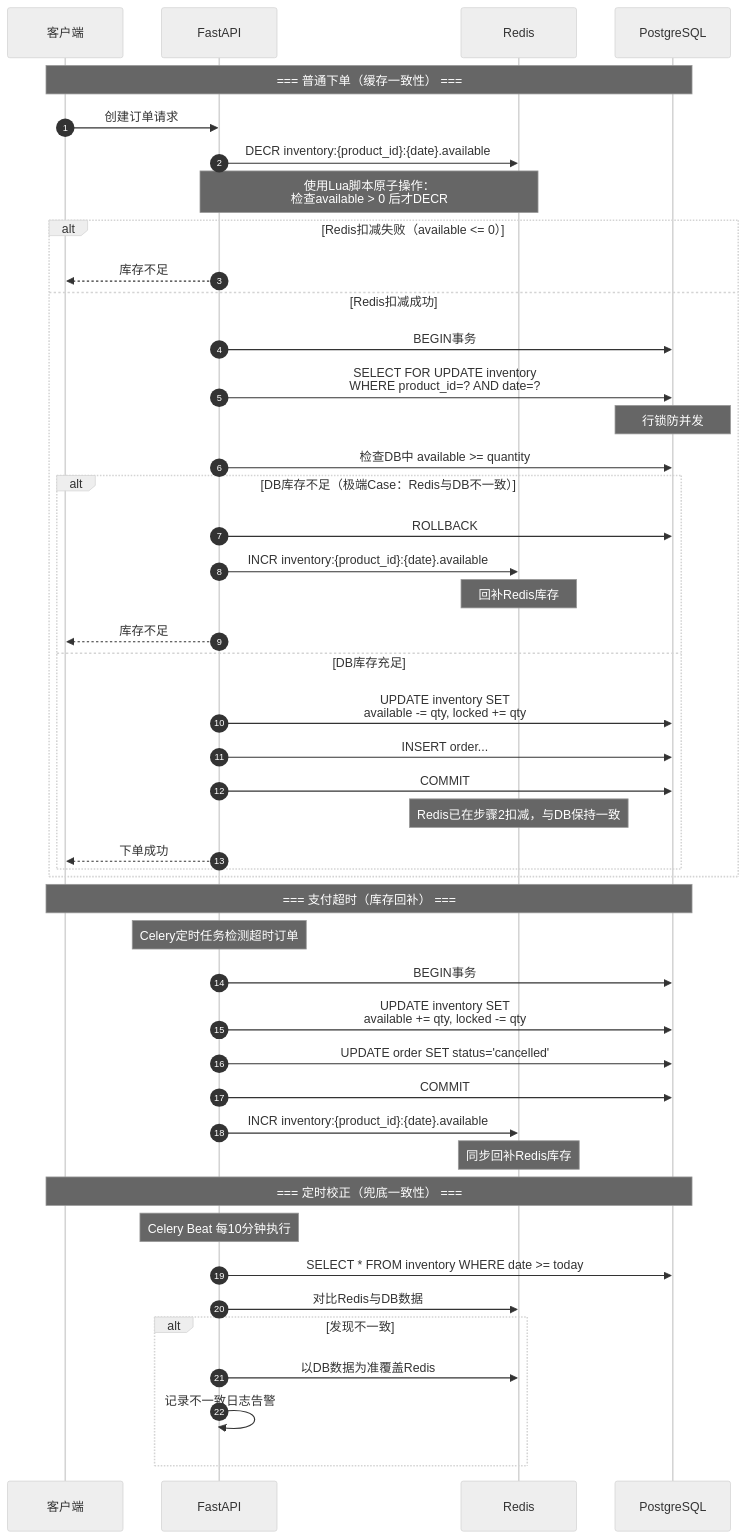
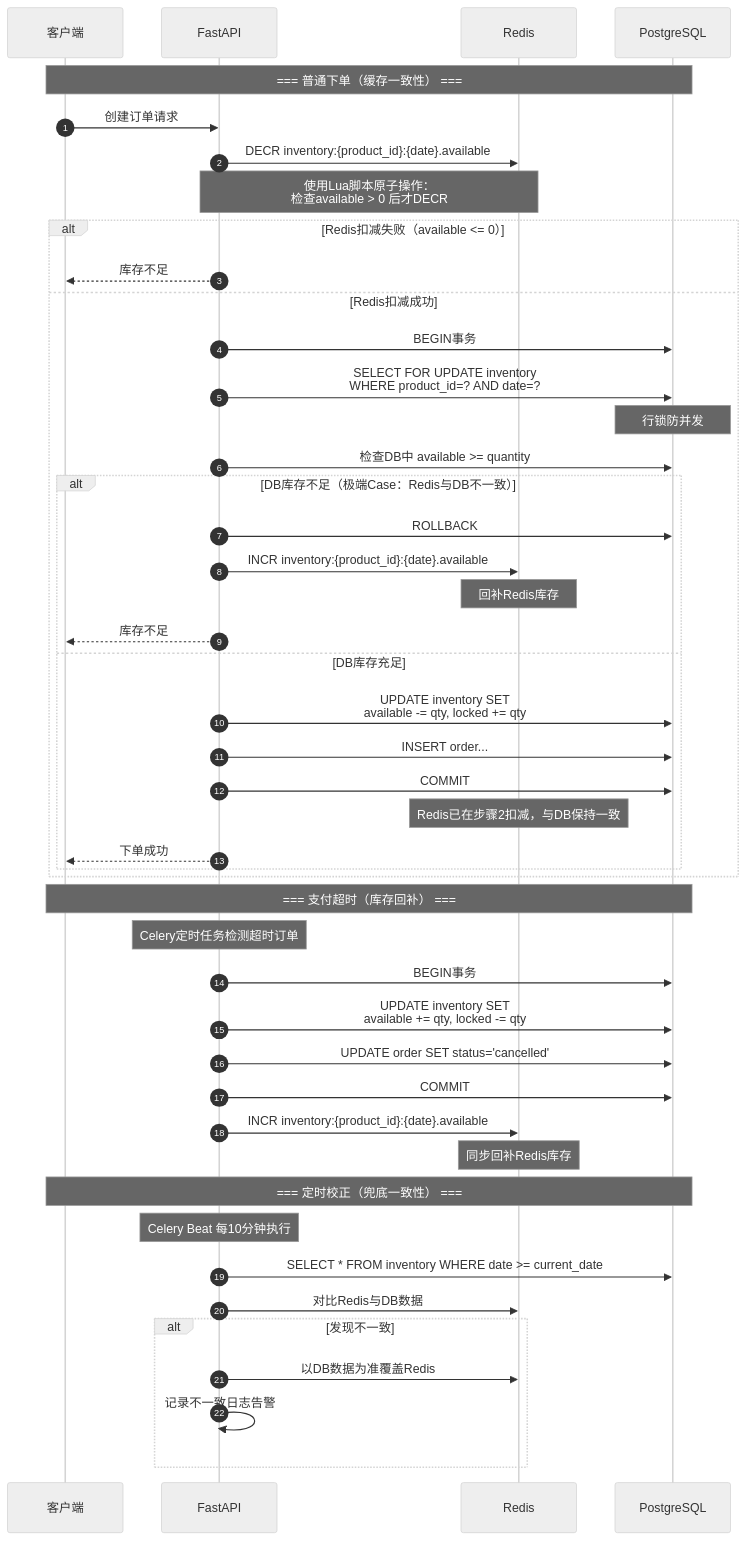
One commit to seraph0017/yyyl changed diagram 15 of 15 in docs/architecture.md. Above: the diagram before and after it, drawn with Mermaid (neutral theme). The commit also changed other lines of this file and 21 other files, not shown here.

````diff
--- a/docs/architecture.md
+++ b/docs/architecture.md
@@ -3221,57 +3221,57 @@
 ```mermaid
 sequenceDiagram
     autonumber
     participant Client as 客户端
     participant API as FastAPI
     participant Redis as Redis
     participant DB as PostgreSQL
 
     Note over Client,DB: === 普通下单（缓存一致性） ===
 
     Client->>API: 创建订单请求
     API->>Redis: DECR inventory:{product_id}:{date}.available
     Note over API,Redis: 使用Lua脚本原子操作：<br/>检查available > 0 后才DECR
 
     alt Redis扣减失败（available <= 0）
         API-->>Client: 库存不足
     else Redis扣减成功
         API->>DB: BEGIN事务
         API->>DB: SELECT FOR UPDATE inventory<br/>WHERE product_id=? AND date=?
         Note over DB: 行锁防并发
         API->>DB: 检查DB中 available >= quantity
 
         alt DB库存不足（极端Case：Redis与DB不一致）
             API->>DB: ROLLBACK
             API->>Redis: INCR inventory:{product_id}:{date}.available
             Note over Redis: 回补Redis库存
             API-->>Client: 库存不足
         else DB库存充足
             API->>DB: UPDATE inventory SET<br/>available -= qty, locked += qty
             API->>DB: INSERT order...
             API->>DB: COMMIT
 
             Note over Redis: Redis已在步骤2扣减，与DB保持一致
             API-->>Client: 下单成功
         end
     end
 
     Note over Client,DB: === 支付超时（库存回补） ===
 
     Note over API: Celery定时任务检测超时订单
     API->>DB: BEGIN事务
     API->>DB: UPDATE inventory SET<br/>available += qty, locked -= qty
     API->>DB: UPDATE order SET status='cancelled'
     API->>DB: COMMIT
     API->>Redis: INCR inventory:{product_id}:{date}.available
     Note over Redis: 同步回补Redis库存
 
     Note over Client,DB: === 定时校正（兜底一致性） ===
 
     Note over API: Celery Beat 每10分钟执行
-    API->>DB: SELECT * FROM inventory WHERE date >= today
+    API->>DB: SELECT * FROM inventory WHERE date >= current_date
     API->>Redis: 对比Redis与DB数据
     alt 发现不一致
         API->>Redis: 以DB数据为准覆盖Redis
         API->>API: 记录不一致日志告警
     end
 ```
````
